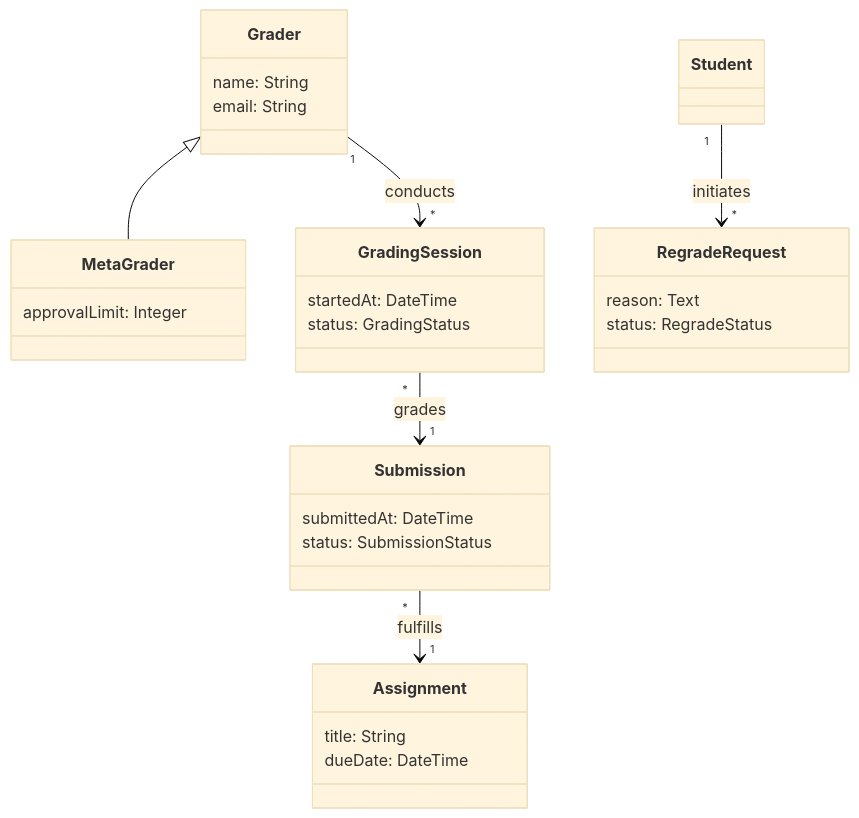
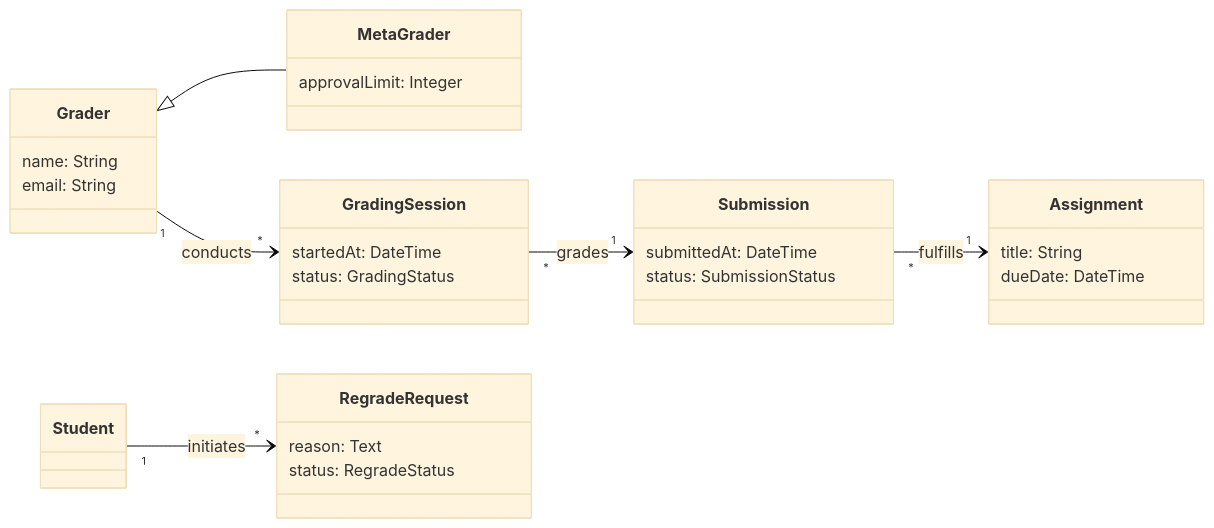
One commit to neu-pdi/cs3100-public-resources changed the first of 8 diagrams in lecture-slides/l12-domain-modeling.mdx. Above: the diagram before and after it, drawn with Mermaid (base theme). The commit also changed other lines of this file and 1 other file, not shown here.

````diff
--- a/lecture-slides/l12-domain-modeling.mdx
+++ b/lecture-slides/l12-domain-modeling.mdx
@@ -773,37 +773,38 @@
 ```mermaid
 classDiagram
+direction LR
     class Grader {
         name: String
         email: String
     }
 
     class MetaGrader {
         approvalLimit: Integer
     }
 
     class Assignment {
         title: String
         dueDate: DateTime
     }
 
     class Submission {
         submittedAt: DateTime
         status: SubmissionStatus
     }
 
     class GradingSession {
         startedAt: DateTime
         status: GradingStatus
     }
 
     class RegradeRequest {
         reason: Text
         status: RegradeStatus
     }
 
     Grader <|-- MetaGrader
     Grader "1" --> "*" GradingSession : conducts
     GradingSession "*" --> "1" Submission : grades
     Submission "*" --> "1" Assignment : fulfills
     Student "1" --> "*" RegradeRequest : initiates
 ```
````
